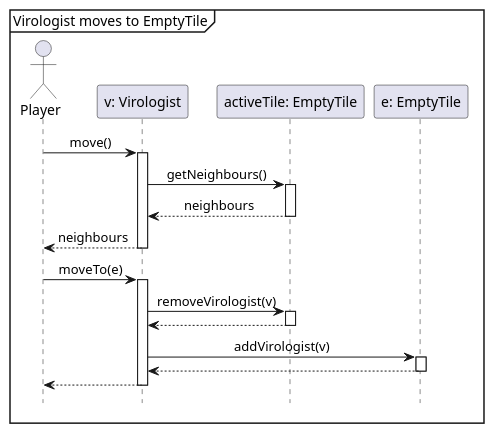
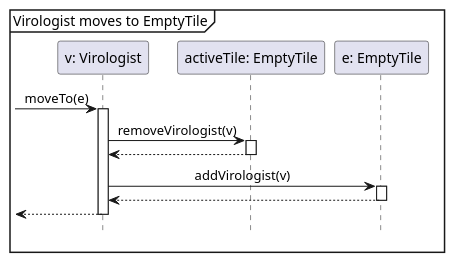
The diagram in docs/testCases/sequences/moveToEmptyTile.puml (Tschonti/503-service-unavailable), drawn with PlantUML before and after one commit. The commit also changed 3 other files, not shown here.

Commit message:
sequence diagram fixes

```diff
--- a/docs/testCases/sequences/moveToEmptyTile.puml
+++ b/docs/testCases/sequences/moveToEmptyTile.puml
@@ -1,24 +1,18 @@
 @startuml
 'https://plantuml.com/sequence-diagram
 hide footbox
 skinparam sequenceMessageAlign center
 
 mainframe Virologist moves to EmptyTile
 
-actor Player as p
 participant "v: Virologist" as v
 participant "activeTile: EmptyTile" as t1
 participant "e: EmptyTile" as e
 
-p -> v++ : move()
-    v -> t1 ++ : getNeighbours()
-    return neighbours
-return neighbours
-
-p -> v ++: moveTo(e)
+-> v ++: moveTo(e)
     v -> t1 ++ : removeVirologist(v)
     return
     v -> e ++ : addVirologist(v)
     return
 return
 @enduml
```
